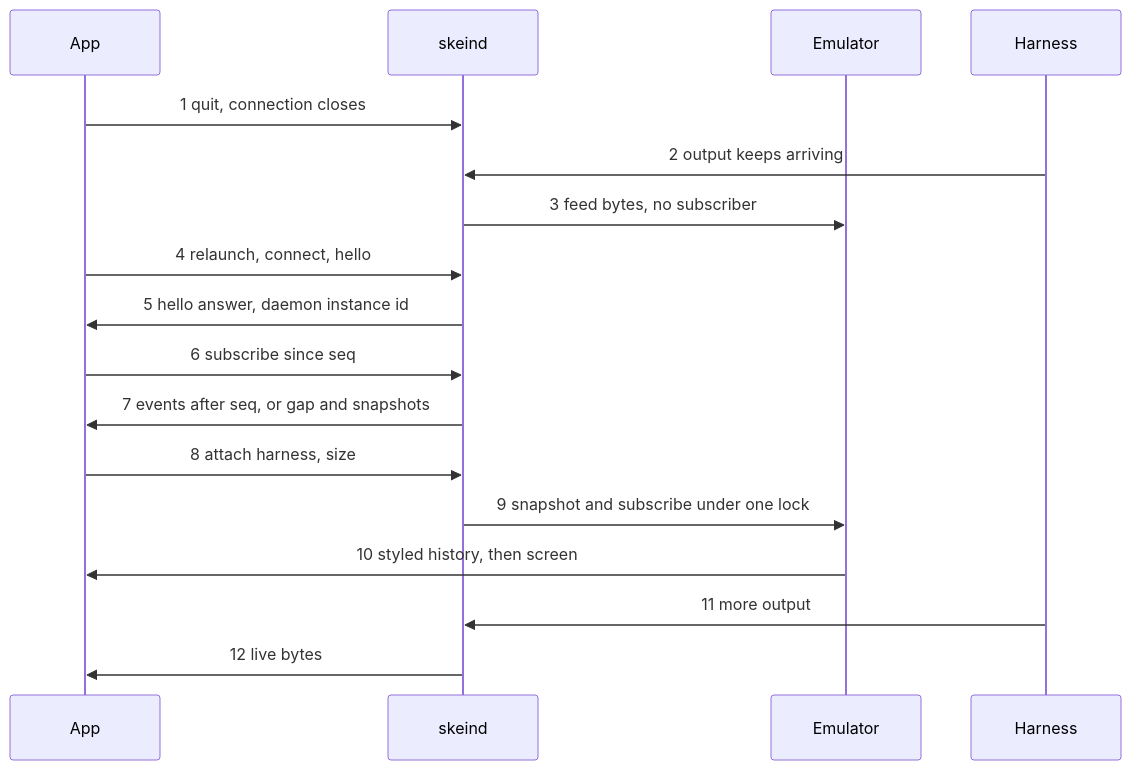
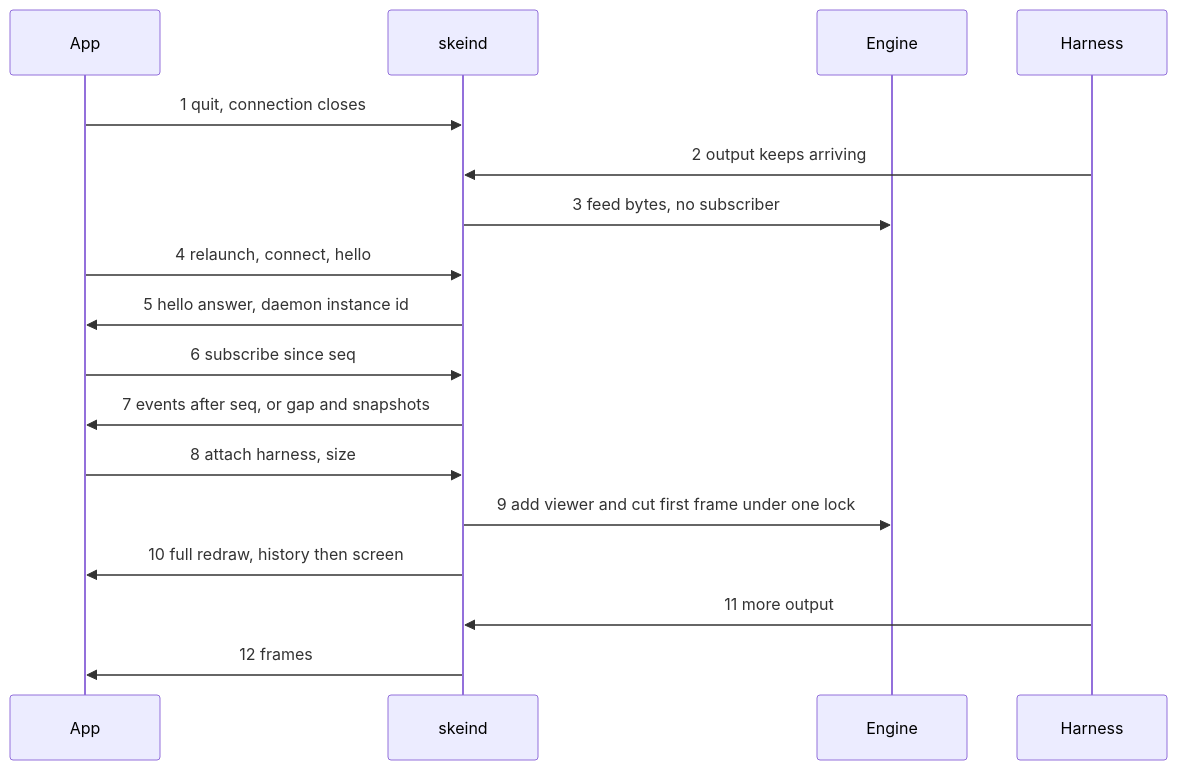
Before and after one commit to faddi/skein: the second of 4 diagrams in docs/skeind-p2b-design.md, drawn with Mermaid. The commit also changed other lines of this file and 2 other files, not shown here.

First line of the commit message:
docs(#584): design the daemon-owned terminal, one engine and redraw frames (#806)

````diff
--- a/docs/skeind-p2b-design.md
+++ b/docs/skeind-p2b-design.md
@@ -539,19 +501,19 @@
 ```mermaid
 sequenceDiagram
     participant U as App
     participant D as skeind
-    participant E as Emulator
+    participant E as Engine
     participant H as Harness
     U->>D: 1 quit, connection closes
     H->>D: 2 output keeps arriving
     D->>E: 3 feed bytes, no subscriber
     U->>D: 4 relaunch, connect, hello
     D->>U: 5 hello answer, daemon instance id
     U->>D: 6 subscribe since seq
     D->>U: 7 events after seq, or gap and snapshots
     U->>D: 8 attach harness, size
-    D->>E: 9 snapshot and subscribe under one lock
-    E->>U: 10 styled history, then screen
+    D->>E: 9 add viewer and cut first frame under one lock
+    D->>U: 10 full redraw, history then screen
     H->>D: 11 more output
-    D->>U: 12 live bytes
+    D->>U: 12 frames
 ```
````
